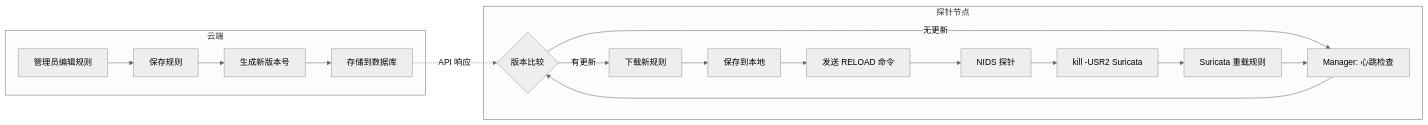
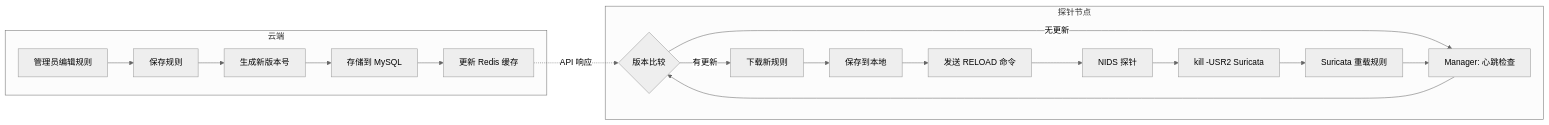
Before and after one commit to chenlehua/ai-idps: diagram 15 of 19 in specs/0001-spec.md, drawn with Mermaid (neutral theme). The commit also changed other lines of this file, not shown here.

Commit message:
feat: optimize architecture

````diff
--- a/specs/0001-spec.md
+++ b/specs/0001-spec.md
@@ -640,22 +1070,23 @@
 ```mermaid
 flowchart LR
     subgraph 云端
         A[管理员编辑规则] --> B[保存规则]
         B --> C[生成新版本号]
-        C --> D[存储到数据库]
+        C --> D[存储到 MySQL]
+        D --> E[更新 Redis 缓存]
     end
 
     subgraph 探针节点
-        E[Manager: 心跳检查] --> F{版本比较}
-        F -->|有更新| G[下载新规则]
-        G --> H[保存到本地]
-        H --> I[发送 RELOAD 命令]
-        I --> J[NIDS 探针]
-        J --> K[kill -USR2 Suricata]
-        K --> L[Suricata 重载规则]
-        F -->|无更新| E
-        L --> E
+        F[Manager: 心跳检查] --> G{版本比较}
+        G -->|有更新| H[下载新规则]
+        H --> I[保存到本地]
+        I --> J[发送 RELOAD 命令]
+        J --> K[NIDS 探针]
+        K --> L[kill -USR2 Suricata]
+        L --> M[Suricata 重载规则]
+        G -->|无更新| F
+        M --> F
     end
 
-    D -.->|API 响应| F
+    E -.->|API 响应| G
 ```
````
